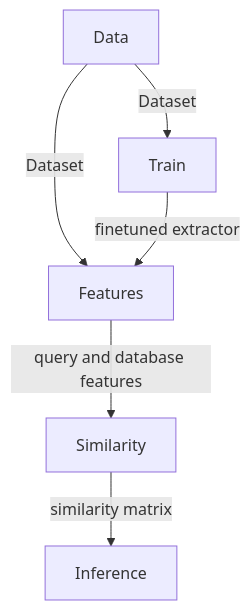
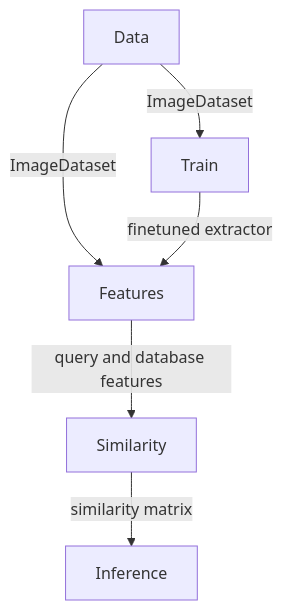
The diagram in docs/index.md (WildlifeDatasets/wildlife-tools), drawn with Mermaid before and after one commit. The commit also changed other lines of this file and 1 other file, not shown here.

````diff
--- a/docs/index.md
+++ b/docs/index.md
@@ -94,8 +93,8 @@
 ```mermaid
   graph TD;
-      A[Data]-->|Dataset|B[Features]
-      A-->|Dataset|C;
+      A[Data]-->|ImageDataset|B[Features]
+      A-->|ImageDataset|C;
       C[Train]-->|finetuned extractor|B;
       B-->|query and database features|D[Similarity]
       D-->|similarity matrix|E[Inference]
 ```
````
